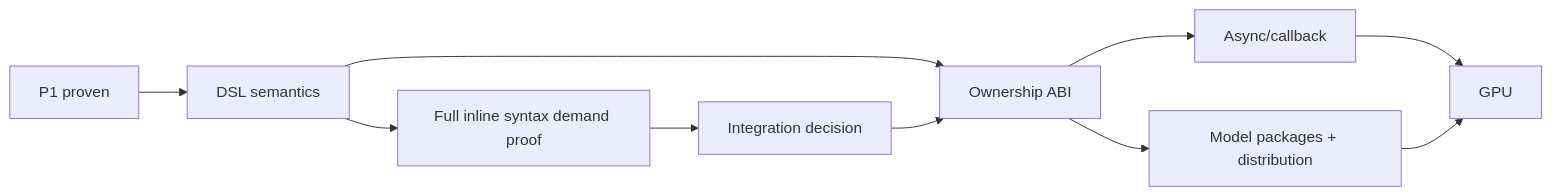
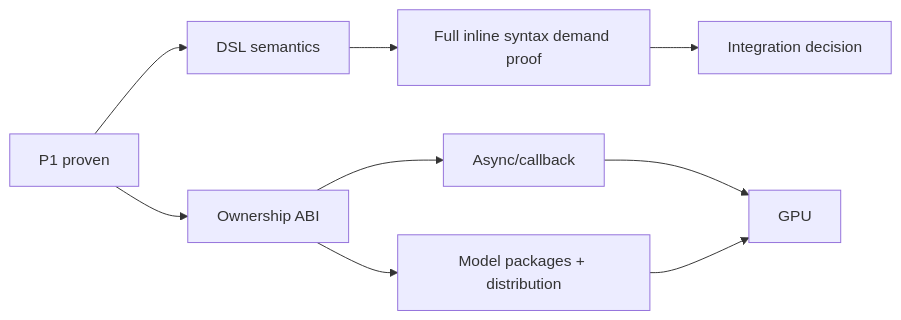
One commit to 1amageek/swift-mojo changed the fourth of 4 diagrams in docs/ROADMAP.md. Above: the diagram before and after it, drawn with Mermaid. The commit also changed other lines of this file and 39 other files, not shown here.

````diff
--- a/docs/ROADMAP.md
+++ b/docs/ROADMAP.md
@@ -347,8 +364,8 @@
 ```mermaid
 flowchart LR
-    P1["P1 proven"] --> P2["DSL semantics"] --> P3["Ownership ABI"]
+    P1["P1 proven"] --> P2["DSL semantics"]
+    P1 --> P3["Ownership ABI"]
     P3 --> P4["Async/callback"] --> P6["GPU"]
     P3 --> P5["Model packages + distribution"] --> P6
     P2 --> Decision["Full inline syntax demand proof"] --> P7["Integration decision"]
-    P7 --> P3
 ```
````
